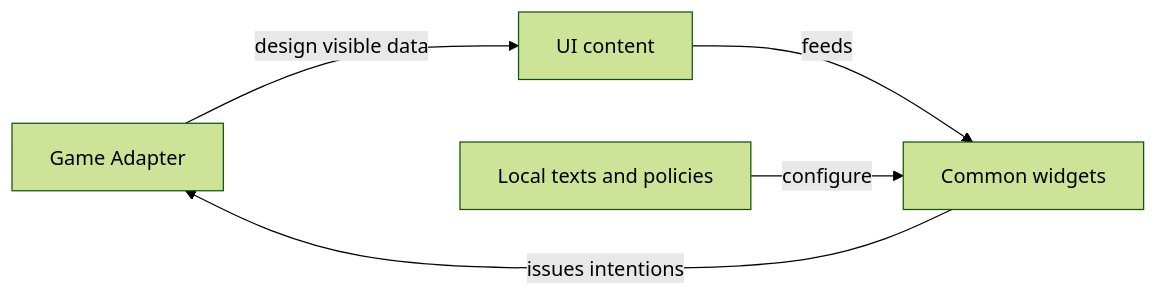
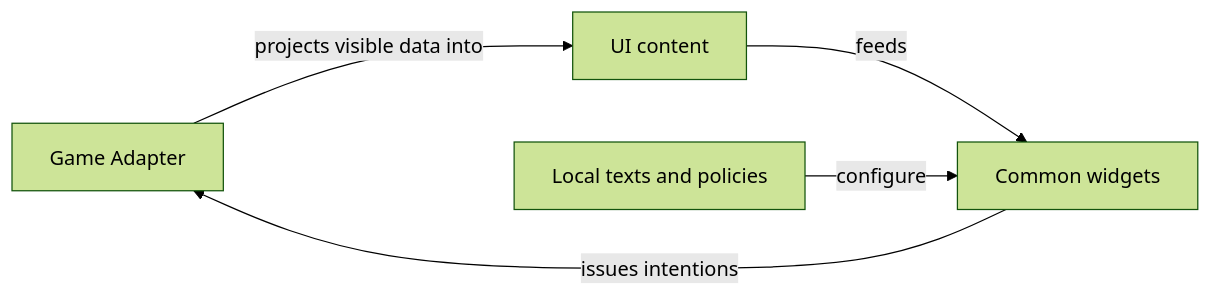
One commit to crististefanita/atf_j4 changed the diagram in whist-lab-app/atf-card-table-ui/README.md. Above: the diagram before and after it, drawn with Mermaid (forest theme). The commit also changed other lines of this file and 126 other files, not shown here.

````diff
--- a/whist-lab-app/atf-card-table-ui/README.md
+++ b/whist-lab-app/atf-card-table-ui/README.md
@@ -35,7 +35,7 @@
 ```mermaid
 flowchart LR
-    GAME[Game Adapter] -->|design visible data| MODEL[UI content]
+    GAME[Game Adapter] -->|projects visible data into| MODEL[UI content]
     MODEL -->|feeds| VIEW[Common widgets]
     VIEW -->|issues intentions| GAME
     POLICY[Local texts and policies] -->|configure| VIEW
 ```
````
